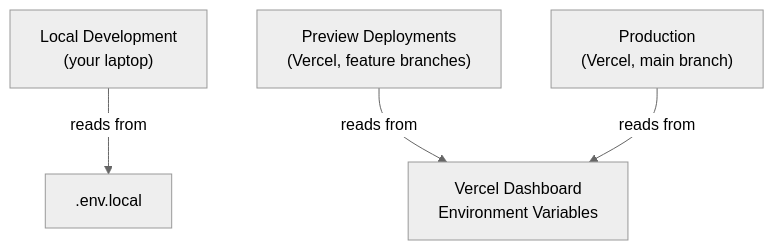
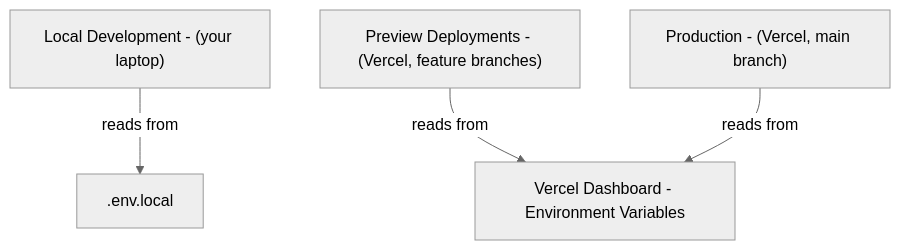
Before and after one commit to wongjinar-ai/expample: the fourth of 6 diagrams in learning/08-environment-variables.md, drawn with Mermaid (neutral theme). The commit also changed other lines of this file and 16 other files, not shown here.

````diff
--- a/learning/08-environment-variables.md
+++ b/learning/08-environment-variables.md
@@ -146,10 +146,10 @@
 ```mermaid
 graph TD
-    Local["Local Development\n(your laptop)"]
-    Preview["Preview Deployments\n(Vercel, feature branches)"]
-    Production["Production\n(Vercel, main branch)"]
+    Local["Local Development - (your laptop)"]
+    Preview["Preview Deployments - (Vercel, feature branches)"]
+    Production["Production - (Vercel, main branch)"]
 
     Local -->|"reads from"| EnvLocal[".env.local"]
-    Preview -->|"reads from"| VercelSettings["Vercel Dashboard\nEnvironment Variables"]
+    Preview -->|"reads from"| VercelSettings["Vercel Dashboard - Environment Variables"]
     Production -->|"reads from"| VercelSettings
 ```
````
